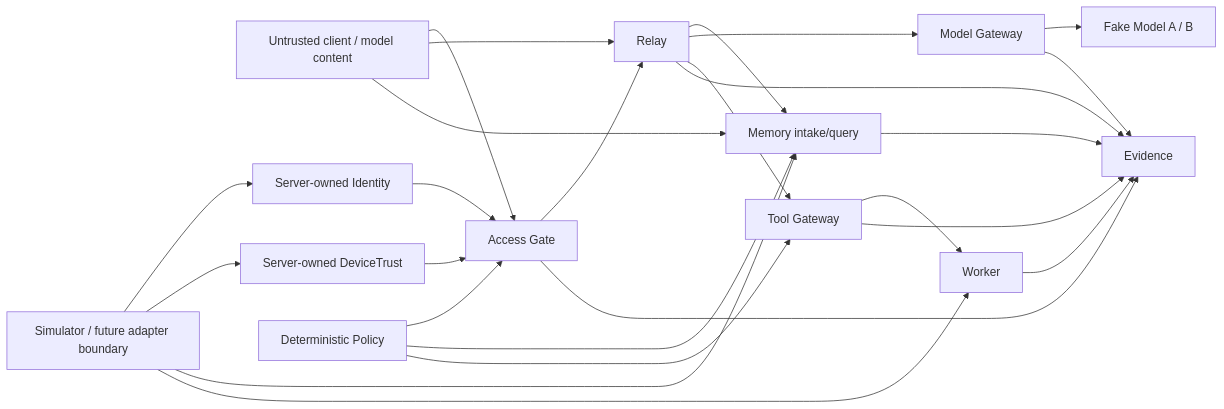
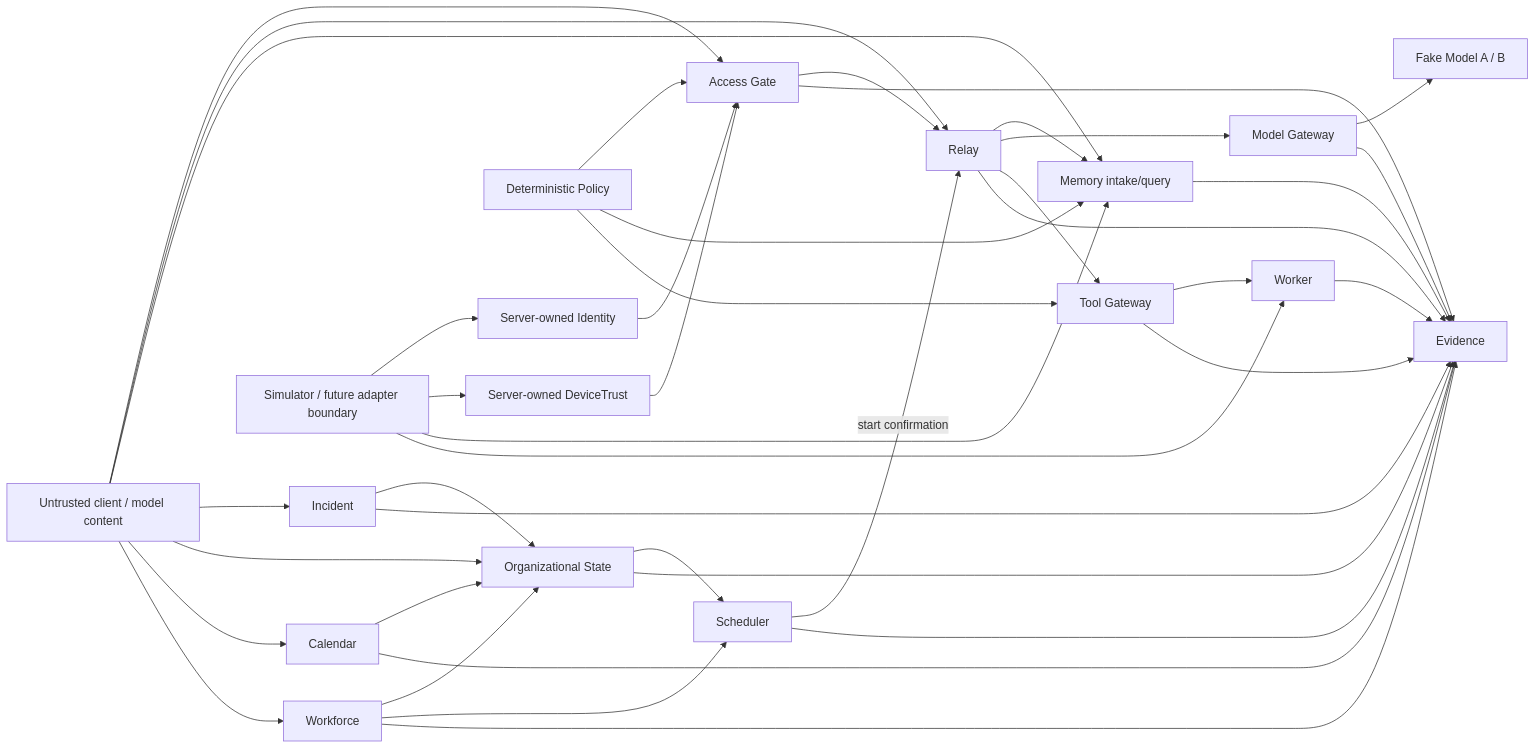
One commit to GrimClawBot/Pixel-HQ-OSS changed the diagram in THREAT_MODEL.md. Above: the diagram before and after it, drawn with Mermaid. The commit also changed other lines of this file and 133 other files, not shown here.

````diff
--- a/THREAT_MODEL.md
+++ b/THREAT_MODEL.md
@@ -29,31 +36,46 @@
 ```mermaid
 flowchart LR
     U[Untrusted client / model content] --> AG[Access Gate]
     U --> R[Relay]
     U --> M[Memory intake/query]
+    U --> IN[Incident]
+    U --> OS[Organizational State]
+    U --> CAL[Calendar]
+    U --> WF[Workforce]
 
     ID[Server-owned Identity] --> AG
     DT[Server-owned DeviceTrust] --> AG
     P[Deterministic Policy] --> AG
     P --> M
     P --> TG[Tool Gateway]
 
     AG --> R
     R --> M
     R --> MG[Model Gateway]
     R --> TG
+    IN --> OS
+    CAL --> OS
+    WF --> OS
+    OS --> S[Scheduler]
+    WF --> S
+    S -->|start confirmation| R
     TG --> W[Worker]
     MG --> FM[Fake Model A / B]
 
     SA[Simulator / future adapter boundary] --> ID
     SA --> DT
     SA --> M
     SA --> W
 
     AG --> E[Evidence]
     R --> E
     M --> E
+    IN --> E
+    CAL --> E
+    WF --> E
+    OS --> E
+    S --> E
     TG --> E
     W --> E
     MG --> E
 ```
````
